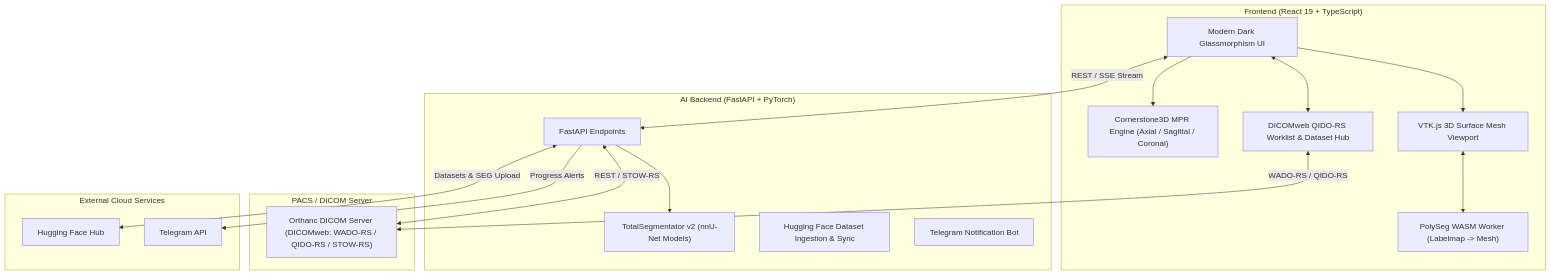
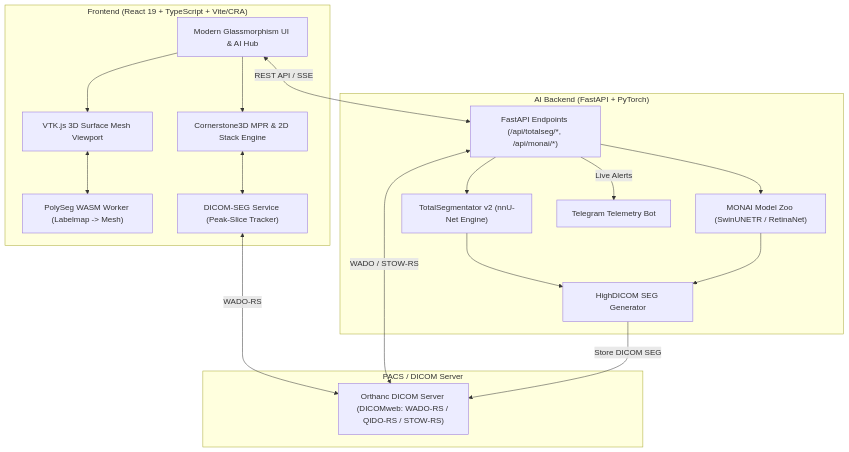
One commit to vishnusureshperumbavoor/cs3d-viewer changed the diagram in README.md. Above: the diagram before and after it, drawn with Mermaid. The commit also changed other lines of this file, not shown here.

````diff
--- a/README.md
+++ b/README.md
@@ -49,38 +52,36 @@
 ```mermaid
 flowchart TB
-    subgraph Frontend ["Frontend (React 19 + TypeScript)"]
-        UI["Modern Dark Glassmorphism UI"]
-        CS3D["Cornerstone3D MPR Engine (Axial / Sagittal / Coronal)"]
+    subgraph Frontend ["Frontend (React 19 + TypeScript + Vite/CRA)"]
+        UI["Modern Glassmorphism UI & AI Hub"]
+        CS3D["Cornerstone3D MPR & 2D Stack Engine"]
         VTK["VTK.js 3D Surface Mesh Viewport"]
         PolySeg["PolySeg WASM Worker (Labelmap -> Mesh)"]
-        Worklist["DICOMweb QIDO-RS Worklist & Dataset Hub"]
+        SegService["DICOM-SEG Service (Peak-Slice Tracker)"]
     end
 
     subgraph Backend ["AI Backend (FastAPI + PyTorch)"]
-        API["FastAPI Endpoints"]
-        TS["TotalSegmentator v2 (nnU-Net Models)"]
-        DatasetSvc["Hugging Face Dataset Ingestion & Sync"]
-        Telegram["Telegram Notification Bot"]
+        API["FastAPI Endpoints (/api/totalseg/*, /api/monai/*)"]
+        TS["TotalSegmentator v2 (nnU-Net Engine)"]
+        MONAI["MONAI Model Zoo (SwinUNETR / RetinaNet)"]
+        HD["HighDICOM SEG Generator"]
+        Telegram["Telegram Telemetry Bot"]
     end
 
     subgraph PACS ["PACS / DICOM Server"]
         Orthanc["Orthanc DICOM Server (DICOMweb: WADO-RS / QIDO-RS / STOW-RS)"]
     end
 
-    subgraph Cloud ["External Cloud Services"]
-        HF["Hugging Face Hub"]
-        TG["Telegram API"]
-    end
-
     UI --> CS3D
     UI --> VTK
     VTK <--> PolySeg
-    UI <--> Worklist
-    Worklist <-->|WADO-RS / QIDO-RS| Orthanc
+    CS3D <--> SegService
+    SegService <-->|WADO-RS| Orthanc
 
-    UI <-->|REST / SSE Stream| API
-    API <-->|REST / STOW-RS| Orthanc
+    UI <-->|REST API / SSE| API
+    API <-->|WADO / STOW-RS| Orthanc
     API --> TS
-    API <-->|Datasets & SEG Upload| HF
-    API -->|Progress Alerts| TG
+    API --> MONAI
+    TS & MONAI --> HD
+    HD -->|Store DICOM SEG| Orthanc
+    API -->|Live Alerts| Telegram
 ```
````
